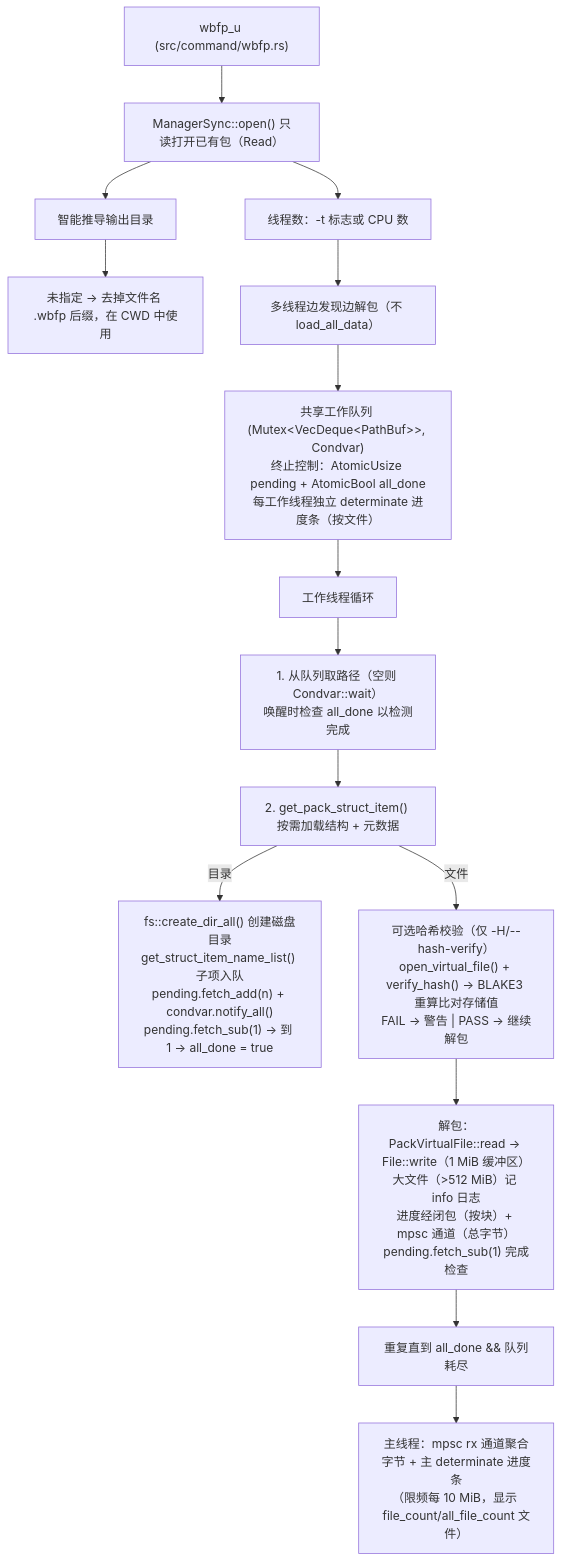
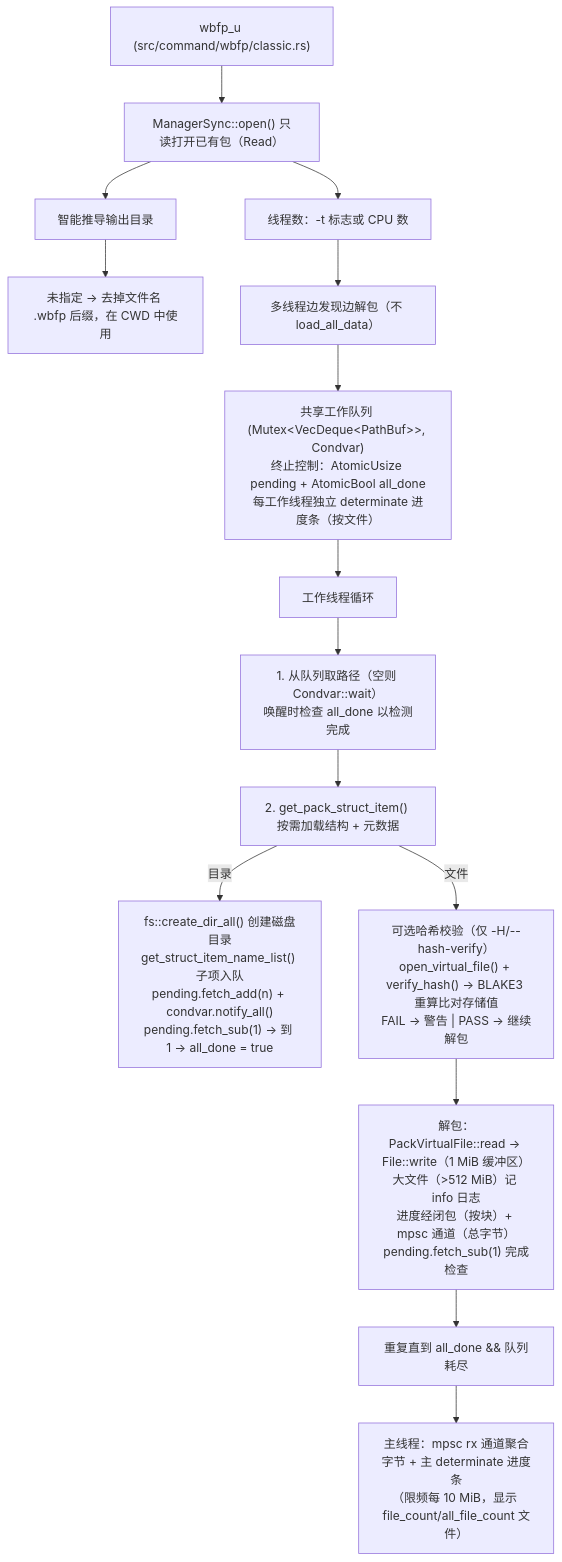
Before and after one commit to WaterBall20/water_ball_tool: the sixth of 9 diagrams in docs/zh_CN/ARCHITECTURE.md, drawn with Mermaid. The commit also changed other lines of this file and 63 other files, not shown here.

````diff
--- a/docs/zh_CN/ARCHITECTURE.md
+++ b/docs/zh_CN/ARCHITECTURE.md
@@ -869,17 +917,17 @@
 ```mermaid
 flowchart TD
-    U["wbfp_u (src/command/wbfp.rs)"] --> O["ManagerSync::open() 只读打开已有包（Read）"]
+    U["wbfp_u (src/command/wbfp/classic.rs)"] --> O["ManagerSync::open() 只读打开已有包（Read）"]
     O --> OD["智能推导输出目录"]
     OD --> OD1["未指定 → 去掉文件名 .wbfp 后缀，在 CWD 中使用"]
     O --> TC["线程数：-t 标志或 CPU 数"]
     TC --> DIS["多线程边发现边解包（不 load_all_data）"]
     DIS --> Q["共享工作队列 (Mutex&lt;VecDeque&lt;PathBuf&gt;&gt;, Condvar)<br/>终止控制：AtomicUsize pending + AtomicBool all_done<br/>每工作线程独立 determinate 进度条（按文件）"]
     Q --> W["工作线程循环"]
     W --> W1["1. 从队列取路径（空则 Condvar::wait）<br/>唤醒时检查 all_done 以检测完成"]
     W1 --> W2["2. get_pack_struct_item() 按需加载结构 + 元数据"]
     W2 -->|目录| WD["fs::create_dir_all() 创建磁盘目录<br/>get_struct_item_name_list() 子项入队<br/>pending.fetch_add(n) + condvar.notify_all()<br/>pending.fetch_sub(1) → 到 1 → all_done = true"]
     W2 -->|文件| WF["可选哈希校验（仅 -H/--hash-verify）<br/>open_virtual_file() + verify_hash() → BLAKE3 重算比对存储值<br/>FAIL → 警告 | PASS → 继续解包"]
     WF --> WE["解包：PackVirtualFile::read → File::write（1 MiB 缓冲区）<br/>大文件（>512 MiB）记 info 日志<br/>进度经闭包（按块）+ mpsc 通道（总字节）<br/>pending.fetch_sub(1) 完成检查"]
     WE --> WLOOP["重复直到 all_done && 队列耗尽"]
     WLOOP --> M["主线程：mpsc rx 通道聚合字节 + 主 determinate 进度条<br/>（限频每 10 MiB，显示 file_count/all_file_count 文件）"]
 ```
````
